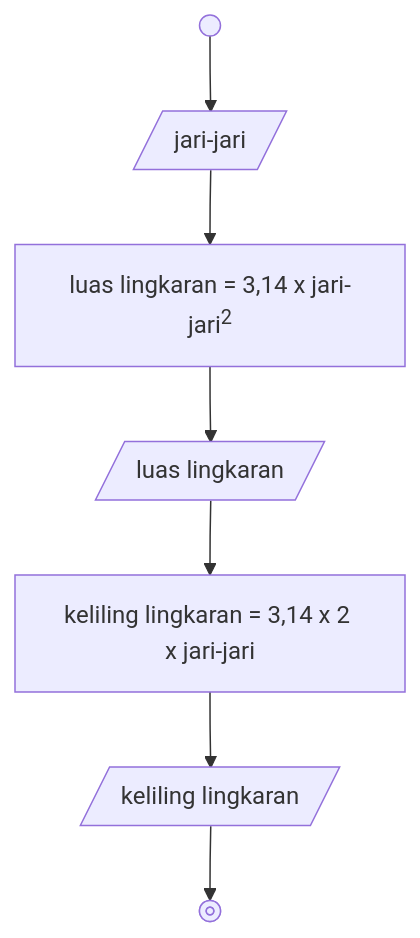
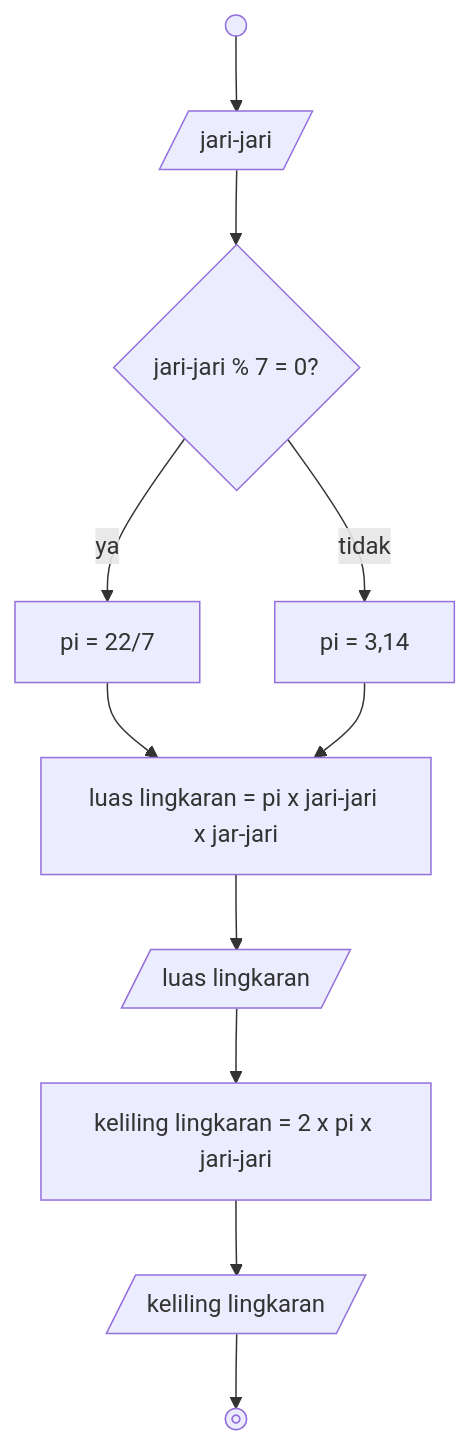
One commit to sronnaim/koda-b10-algoritma changed the second of 2 diagrams in README.md. Above: the diagram before and after it, drawn with Mermaid. The commit also changed other lines of this file, not shown here.

Commit message:
feat: updated to use decision

````diff
--- a/README.md
+++ b/README.md
@@ -67,12 +69,20 @@
 ```mermaid
 flowchart TD
     Start@{ shape: start, label: "mulai" }
     Input@{ shape: lean-r, label: "jari-jari"}
-    A@{ shape: rect, label: "luas lingkaran = 3,14 x jari-jari<sup>2</sup>" }
-    B@{ shape: rect, label: "keliling lingkaran = 3,14 x 2 x jari-jari" }
+    RControl@{ shape: decision, label: "jari-jari % 7 = 0?" }
+    SetPiFr@{ shape: rect, label: "pi = 22/7" }
+    SetPiDec@{ shape: rect, label: "pi = 3,14" }
+    CalcArea@{ shape: rect, label: "luas lingkaran = pi x jari-jari x jar-jari" }
+    CalcCircum@{ shape: rect, label: "keliling lingkaran = 2 x pi x jari-jari" }
     OutputArea@{ shape: lean-r, label: "luas lingkaran"}
     OutputCircum@{ shape: lean-r, label: "keliling lingkaran" }
     End@{ shape: stop, label: "selesai"}
 
-    Start --> Input --> A --> OutputArea --> B --> OutputCircum --> End
+    Start --> Input --> RControl 
+
+    RControl --ya--> SetPiFr --> CalcArea
+    RControl --tidak--> SetPiDec --> CalcArea
+
+    CalcArea --> OutputArea --> CalcCircum --> OutputCircum --> End
 ```
````
